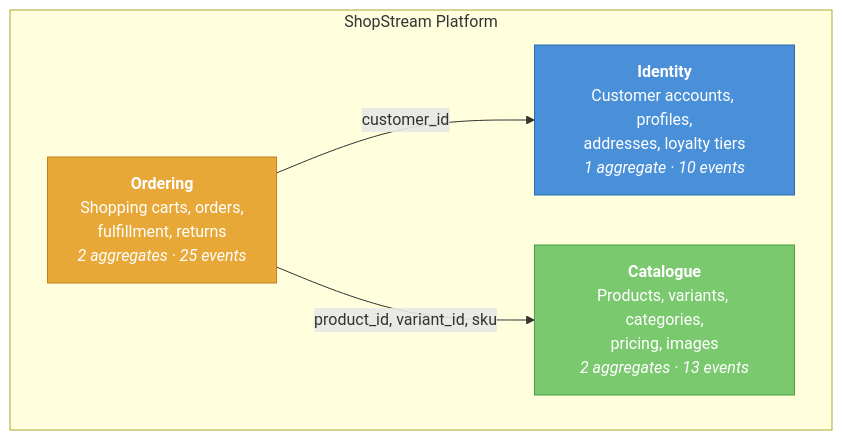
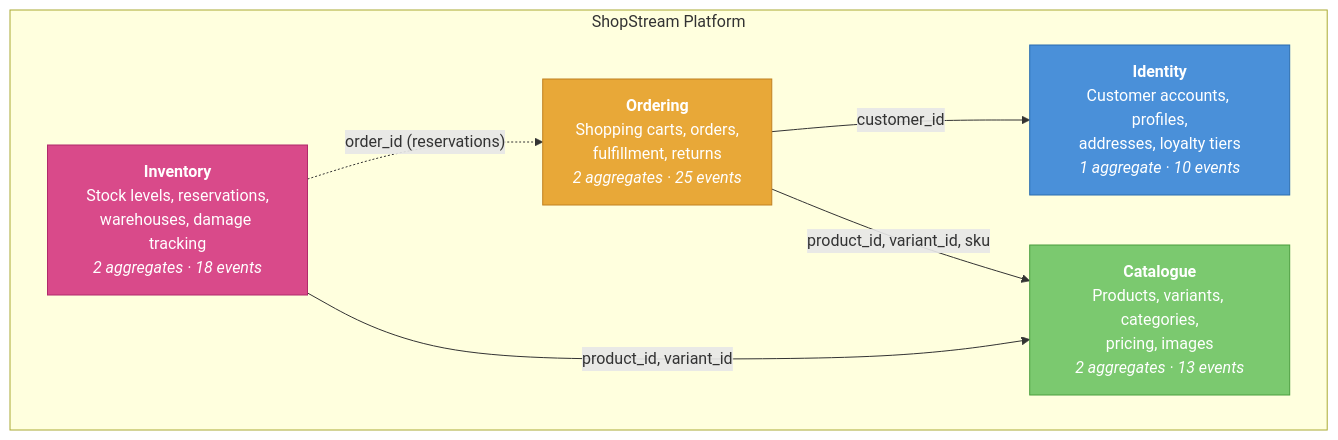
The diagram in docs/context-map.md (proteanhq/shopstream), drawn with Mermaid before and after one commit. The commit also changed other lines of this file and 81 other files, not shown here.

First line of the commit message:
Add Inventory bounded context — event-sourced stock management with full test coverage and documentation

````diff
--- a/docs/context-map.md
+++ b/docs/context-map.md
@@ -22,15 +25,19 @@
 ```mermaid
 graph TB
     subgraph ShopStream["ShopStream Platform"]
         identity["<b>Identity</b><br/>Customer accounts, profiles,<br/>addresses, loyalty tiers<br/><i>1 aggregate &middot; 10 events</i>"]
         catalogue["<b>Catalogue</b><br/>Products, variants, categories,<br/>pricing, images<br/><i>2 aggregates &middot; 13 events</i>"]
         ordering["<b>Ordering</b><br/>Shopping carts, orders,<br/>fulfillment, returns<br/><i>2 aggregates &middot; 25 events</i>"]
+        inventory["<b>Inventory</b><br/>Stock levels, reservations,<br/>warehouses, damage tracking<br/><i>2 aggregates &middot; 18 events</i>"]
     end
 
     ordering -- "customer_id" --> identity
     ordering -- "product_id, variant_id, sku" --> catalogue
+    inventory -- "product_id, variant_id" --> catalogue
+    inventory -. "order_id (reservations)" .-> ordering
 
     style identity fill:#4a90d9,color:#fff,stroke:#2a6cb0
     style catalogue fill:#7bc96f,color:#fff,stroke:#4a9e3f
     style ordering fill:#e8a838,color:#fff,stroke:#c08020
+    style inventory fill:#d94a8a,color:#fff,stroke:#b02a6c
 ```
````
